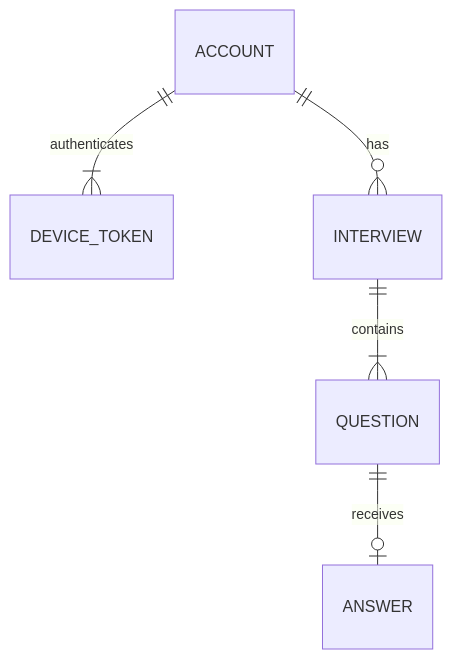
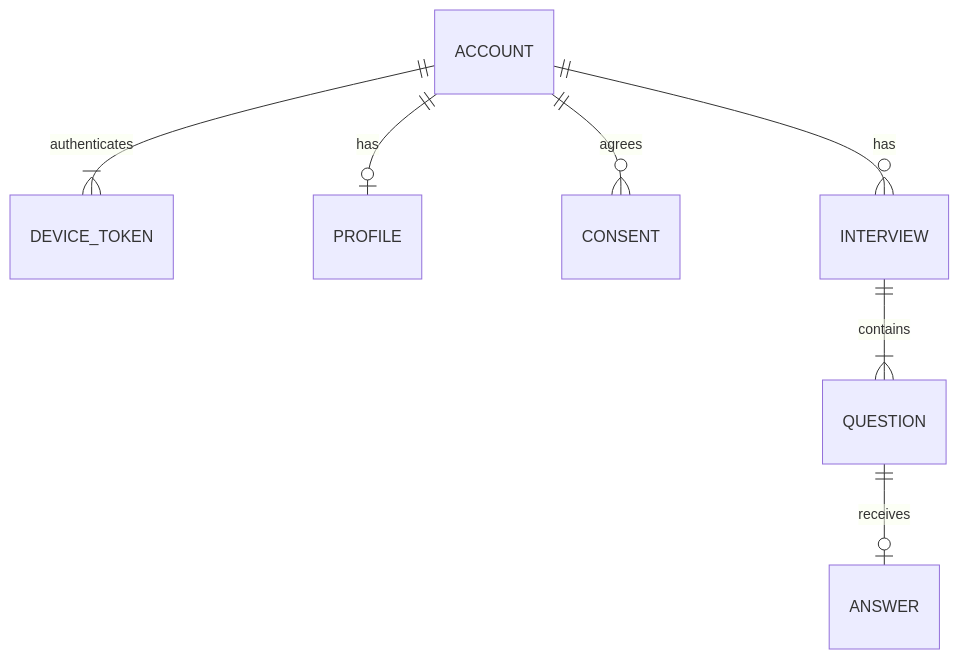
One commit to znak99/JEC-FirstStepToCareer changed the diagram in docs/system-design/DATA.md. Above: the diagram before and after it, drawn with Mermaid. The commit also changed other lines of this file and 2 other files, not shown here.

````diff
--- a/docs/system-design/DATA.md
+++ b/docs/system-design/DATA.md
@@ -23,7 +25,9 @@
 ```mermaid
 erDiagram
   ACCOUNT ||--|{ DEVICE_TOKEN : authenticates
+  ACCOUNT ||--o| PROFILE : has
+  ACCOUNT ||--o{ CONSENT : agrees
   ACCOUNT ||--o{ INTERVIEW : has
   INTERVIEW ||--|{ QUESTION : contains
   QUESTION ||--o| ANSWER : receives
 ```
````
